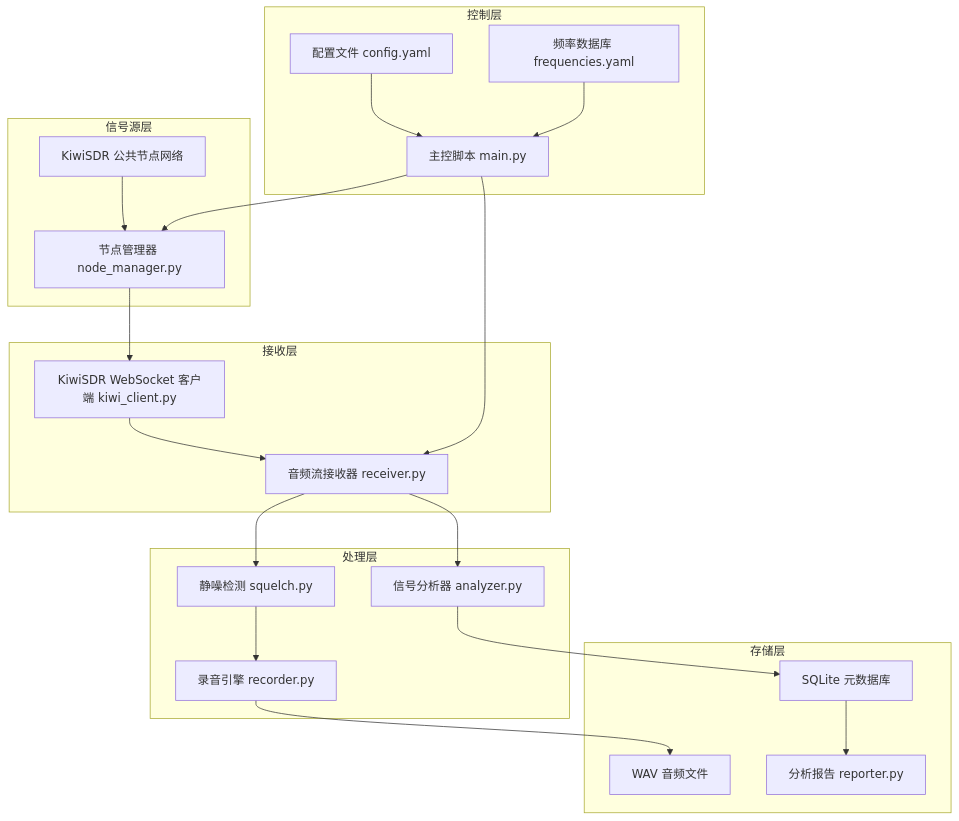
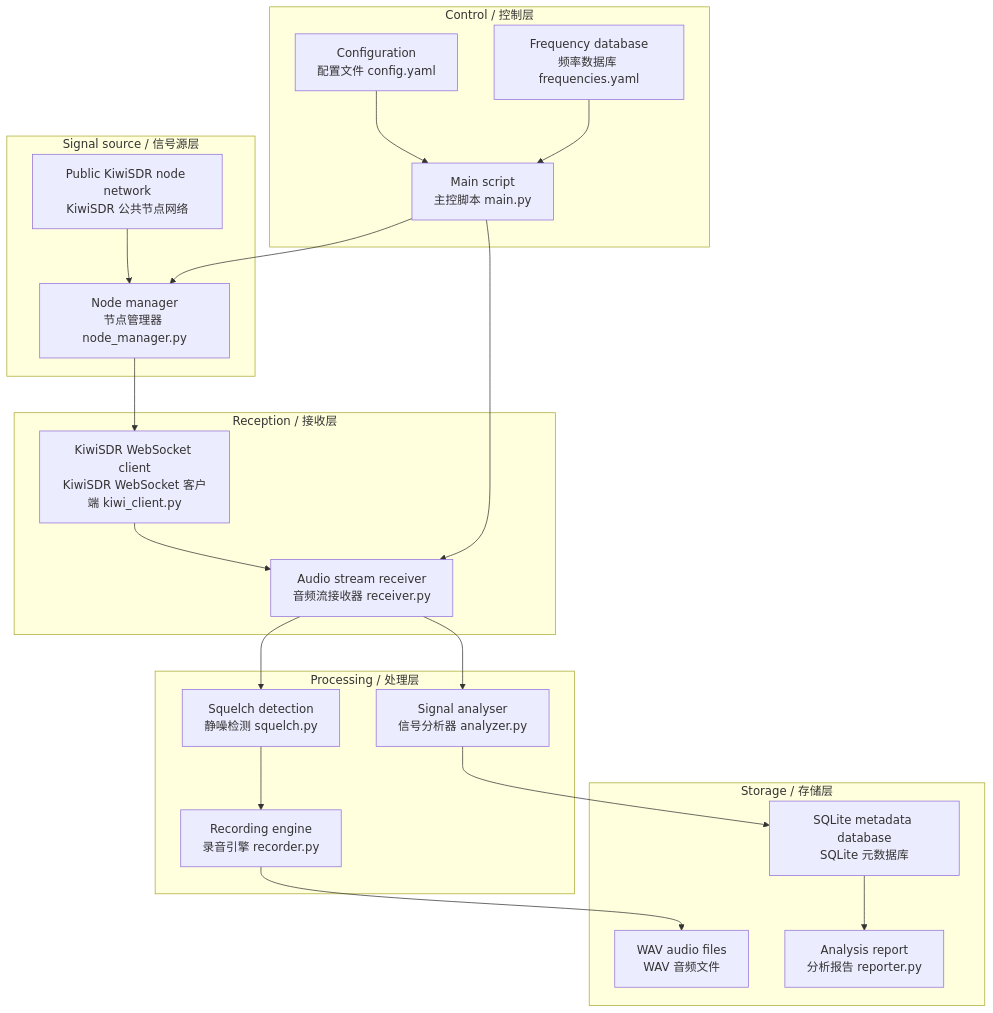
Before and after one commit to reinhardt6678-sudo/Radio: the diagram in implementation_plan.md, drawn with Mermaid. The commit also changed other lines of this file and 6 other files, not shown here.

````diff
--- a/implementation_plan.md
+++ b/implementation_plan.md
@@ -34,30 +77,30 @@
 ```mermaid
 graph TB
-    subgraph SRC ["信号源层"]
-        A["KiwiSDR 公共节点网络"] --> B["节点管理器 node_manager.py"]
+    subgraph SRC ["Signal source / 信号源层"]
+        A["Public KiwiSDR node network<br/>KiwiSDR 公共节点网络"] --> B["Node manager<br/>节点管理器 node_manager.py"]
     end
 
-    subgraph RCV ["接收层"]
-        B --> C["KiwiSDR WebSocket 客户端 kiwi_client.py"]
-        C --> D["音频流接收器 receiver.py"]
+    subgraph RCV ["Reception / 接收层"]
+        B --> C["KiwiSDR WebSocket client<br/>KiwiSDR WebSocket 客户端 kiwi_client.py"]
+        C --> D["Audio stream receiver<br/>音频流接收器 receiver.py"]
     end
 
-    subgraph PRC ["处理层"]
-        D --> E["静噪检测 squelch.py"]
-        E --> F["录音引擎 recorder.py"]
-        D --> G["信号分析器 analyzer.py"]
+    subgraph PRC ["Processing / 处理层"]
+        D --> E["Squelch detection<br/>静噪检测 squelch.py"]
+        E --> F["Recording engine<br/>录音引擎 recorder.py"]
+        D --> G["Signal analyser<br/>信号分析器 analyzer.py"]
     end
 
-    subgraph STR ["存储层"]
-        F --> H["WAV 音频文件"]
-        G --> I["SQLite 元数据库"]
-        I --> J["分析报告 reporter.py"]
+    subgraph STR ["Storage / 存储层"]
+        F --> H["WAV audio files<br/>WAV 音频文件"]
+        G --> I["SQLite metadata database<br/>SQLite 元数据库"]
+        I --> J["Analysis report<br/>分析报告 reporter.py"]
     end
 
-    subgraph CTL ["控制层"]
-        K["主控脚本 main.py"] --> B
+    subgraph CTL ["Control / 控制层"]
+        K["Main script<br/>主控脚本 main.py"] --> B
         K --> D
-        L["配置文件 config.yaml"] --> K
-        M["频率数据库 frequencies.yaml"] --> K
+        L["Configuration<br/>配置文件 config.yaml"] --> K
+        M["Frequency database<br/>频率数据库 frequencies.yaml"] --> K
     end
 ```
````
